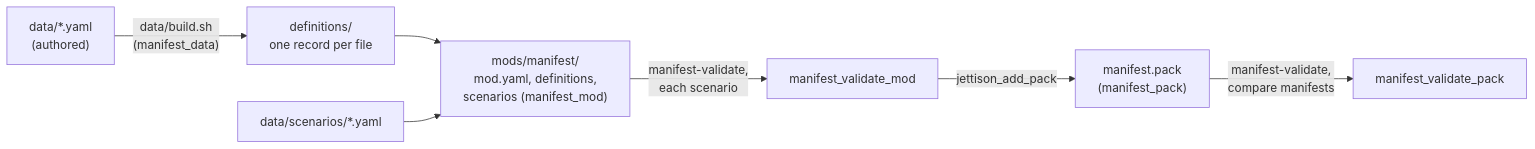
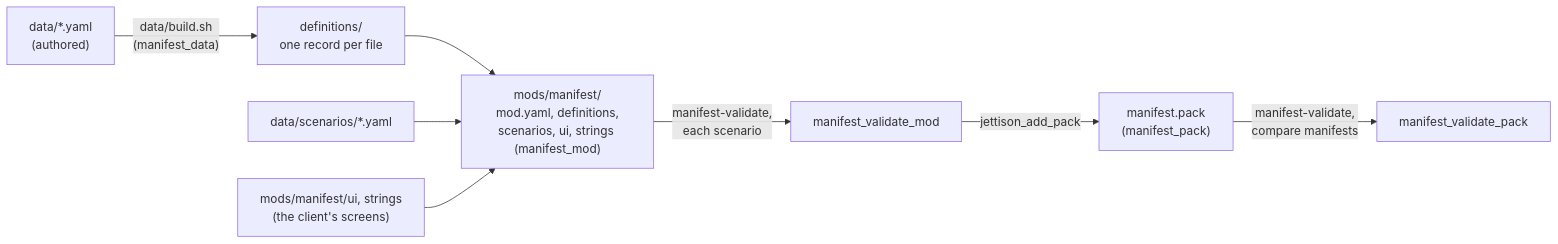
Before and after one commit to ivanhawkes/manifest: the first of 2 diagrams in docs/content.md, drawn with Mermaid. The commit also changed other lines of this file and 17 other files, not shown here.

First line of the commit message:
Client: the screens, start, company, market, travel, flight and service, over the model

````diff
--- a/docs/content.md
+++ b/docs/content.md
@@ -36,9 +36,10 @@
 ```mermaid
 flowchart LR
     src["data/*.yaml<br/>(authored)"] -->|"data/build.sh<br/>(manifest_data)"| defs["definitions/<br/>one record per file"]
-    defs --> mod["mods/manifest/<br/>mod.yaml, definitions,<br/>scenarios (manifest_mod)"]
+    defs --> mod["mods/manifest/<br/>mod.yaml, definitions,<br/>scenarios, ui, strings (manifest_mod)"]
     scen["data/scenarios/*.yaml"] --> mod
+    ui["mods/manifest/ui, strings<br/>(the client's screens)"] --> mod
     mod -->|"manifest-validate,<br/>each scenario"| vmod["manifest_validate_mod"]
     vmod -->|"jettison_add_pack"| pack["manifest.pack<br/>(manifest_pack)"]
     pack -->|"manifest-validate,<br/>compare manifests"| vpack["manifest_validate_pack"]
 ```
````
